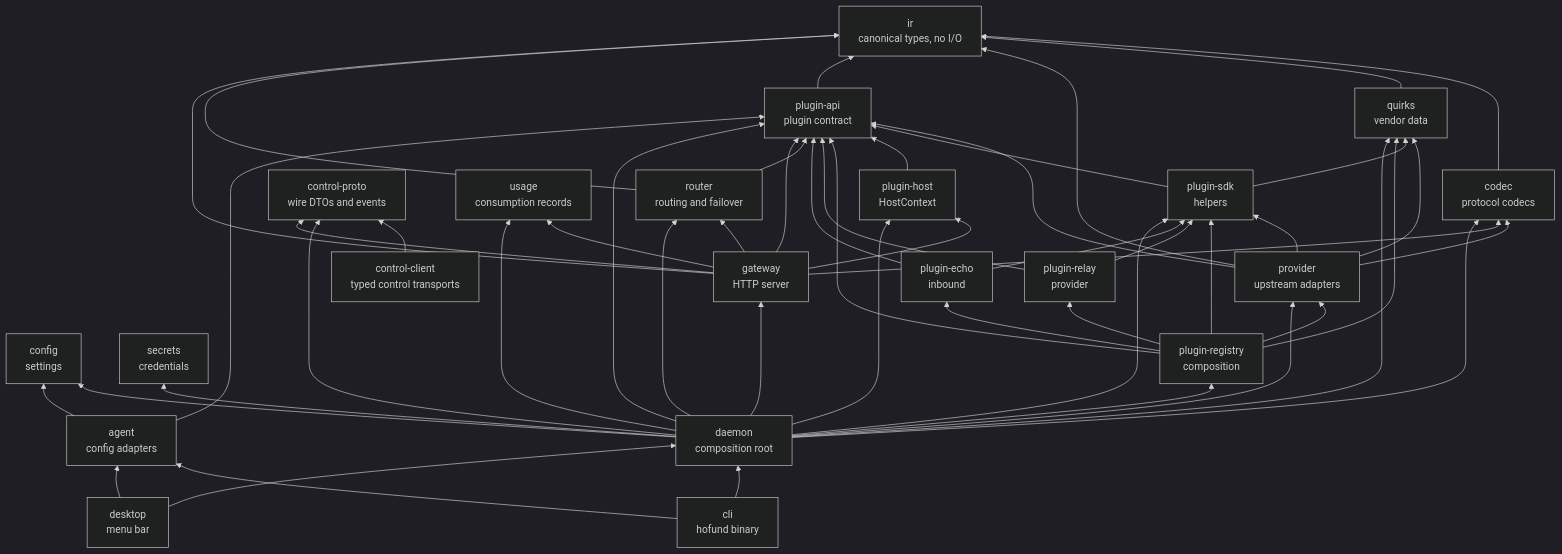
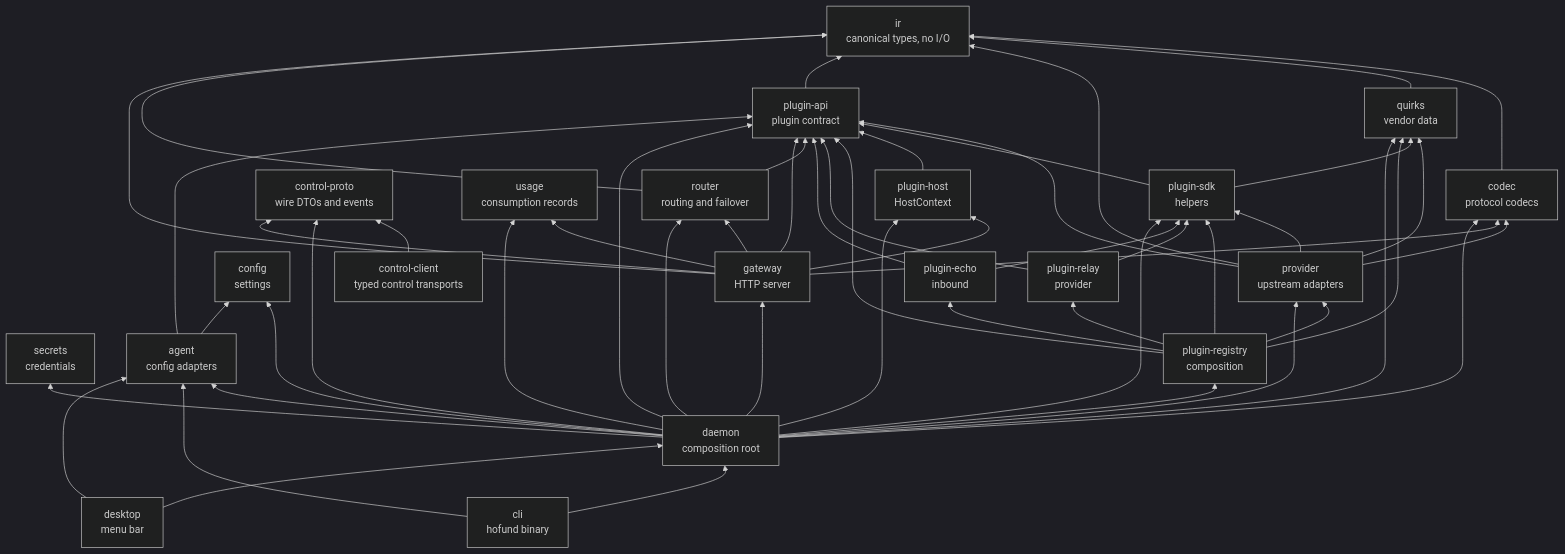
The diagram in docs/architecture.md (logibricks-io/open-heimdall-hofund), drawn with Mermaid (dark theme) before and after one commit. The commit also changed other lines of this file and 10 other files, not shown here.

````diff
--- a/docs/architecture.md
+++ b/docs/architecture.md
@@ -37,75 +37,76 @@
 ```mermaid
 flowchart BT
   ir["ir<br/>canonical types, no I/O"]
   codec["codec<br/>protocol codecs"]
   quirks["quirks<br/>vendor data"]
   provider["provider<br/>upstream adapters"]
   router["router<br/>routing and failover"]
   config["config<br/>settings"]
   controlClient["control-client<br/>typed control transports"]
   controlProto["control-proto<br/>wire DTOs and events"]
   controlClient --> controlProto
   daemon --> controlProto
   gateway --> controlProto
   secrets["secrets<br/>credentials"]
   usage["usage<br/>consumption records"]
   agent["agent<br/>config adapters"]
   pluginApi["plugin-api<br/>plugin contract"]
   pluginSdk["plugin-sdk<br/>helpers"]
   pluginHost["plugin-host<br/>HostContext"]
   pluginRegistry["plugin-registry<br/>composition"]
   pluginRelay["plugin-relay<br/>provider"]
   pluginEcho["plugin-echo<br/>inbound"]
   gateway["gateway<br/>HTTP server"]
   daemon["daemon<br/>composition root"]
   cli["cli<br/>hofund binary"]
   desktop["desktop<br/>menu bar"]
 
   codec --> ir
   quirks --> ir
   provider --> codec
   provider --> ir
   provider --> quirks
   provider --> pluginApi
   provider --> pluginSdk
   pluginApi --> ir
   pluginSdk --> pluginApi
   pluginSdk --> quirks
   pluginHost --> pluginApi
   pluginRegistry --> pluginApi
   pluginRegistry --> pluginSdk
   pluginRegistry --> pluginRelay
   pluginRegistry --> pluginEcho
   pluginRegistry --> provider
   pluginRegistry --> quirks
   pluginRelay --> pluginApi
   pluginRelay --> pluginSdk
   pluginEcho --> pluginApi
   pluginEcho --> pluginSdk
   router --> pluginApi
   router --> ir
   gateway --> router
   gateway --> codec
   gateway --> ir
   gateway --> usage
   gateway --> pluginApi
   gateway --> pluginHost
   daemon --> gateway
   daemon --> config
   daemon --> secrets
   daemon --> provider
   daemon --> codec
   daemon --> quirks
   daemon --> router
   daemon --> pluginApi
   daemon --> pluginHost
   daemon --> pluginRegistry
   daemon --> pluginSdk
   daemon --> usage
+  daemon --> agent
   agent --> config
   agent --> pluginApi
   cli --> daemon
   cli --> agent
   desktop --> daemon
   desktop --> agent
 ```
````
